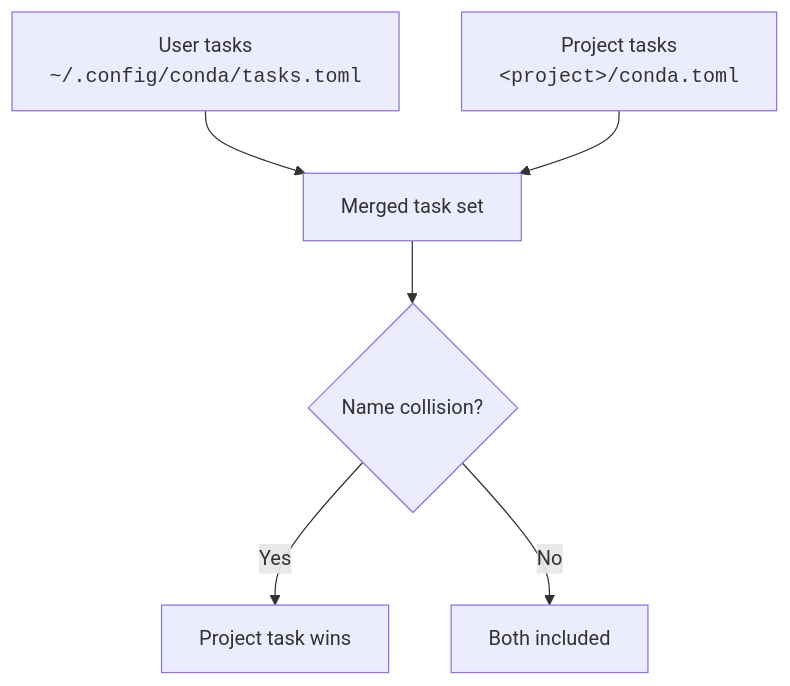
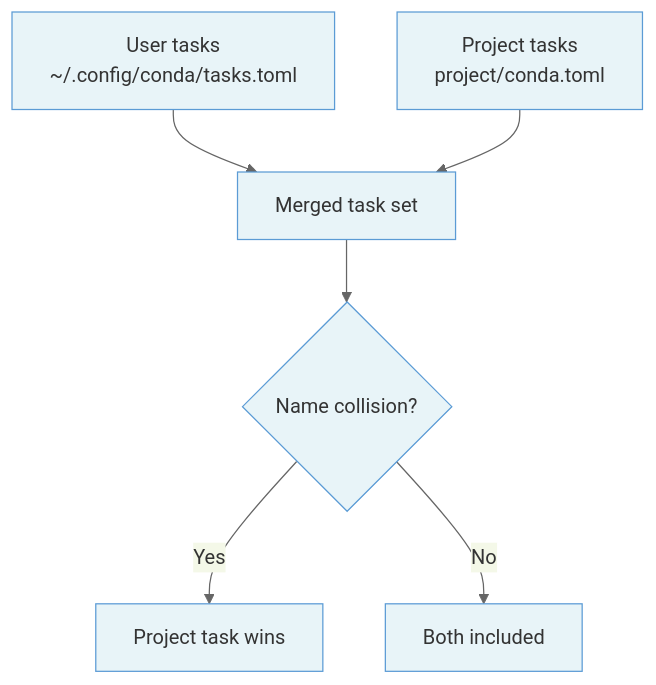
Before and after one commit to conda-incubator/conda-workspaces: the second of 2 diagrams in docs/configuration.md, drawn with Mermaid. The commit also changed other lines of this file and 1 other file, not shown here.

Commit message:
Polish mermaid diagram styling and labels

````diff
--- a/docs/configuration.md
+++ b/docs/configuration.md
@@ -93,8 +94,9 @@
 ```{mermaid}
+%%{init: {"theme": "base", "themeVariables": {"fontSize": "16px", "primaryColor": "#e8f4f8", "primaryBorderColor": "#5b9bd5", "primaryTextColor": "#333", "lineColor": "#666"}}}%%
 graph TD
-    A["User tasks<br/><code>~/.config/conda/tasks.toml</code>"] --> C["Merged task set"]
-    B["Project tasks<br/><code>&lt;project&gt;/conda.toml</code>"] --> C
+    A["User tasks<br/>~/.config/conda/tasks.toml"] --> C["Merged task set"]
+    B["Project tasks<br/>project/conda.toml"] --> C
     C --> D{Name collision?}
     D -- "Yes" --> E["Project task wins"]
     D -- "No" --> F["Both included"]
 ```
````
